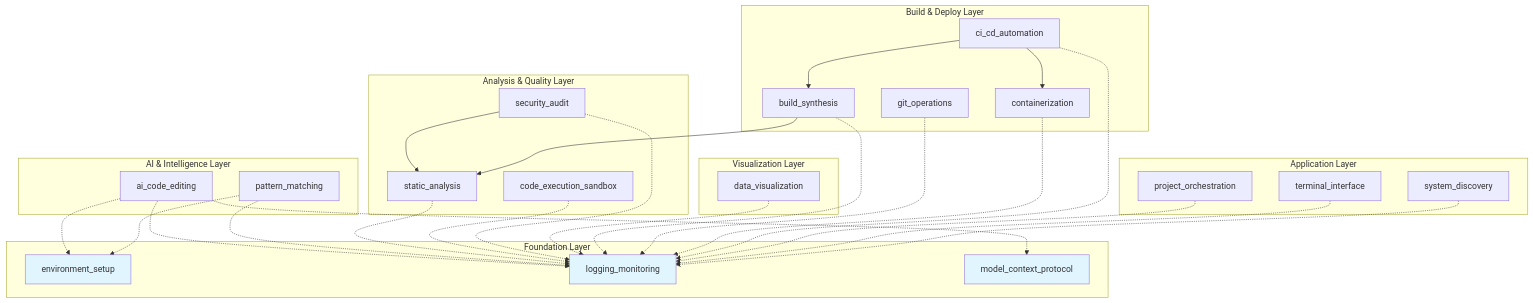
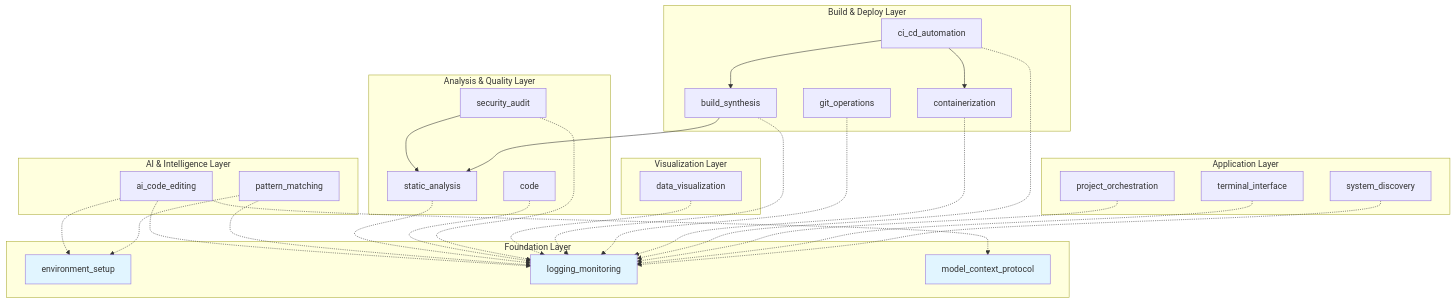
Before and after one commit to docxology/codomyrmex: the diagram in docs/modules/dependency-graph.md, drawn with Mermaid. The commit also changed other lines of this file and 1922 other files, not shown here.

````diff
--- a/docs/modules/dependency-graph.md
+++ b/docs/modules/dependency-graph.md
@@ -7,70 +7,70 @@
 ```mermaid
 graph TD
     subgraph "Foundation Layer"
         ENV[environment_setup]
         LOG[logging_monitoring]
         MCP[model_context_protocol]
     end
 
     subgraph "AI & Intelligence Layer"
         AI[ai_code_editing]
         PATTERN[pattern_matching]
     end
 
     subgraph "Analysis & Quality Layer"
         STATIC[static_analysis]
-        EXEC[code_execution_sandbox]
+        EXEC[code]
         SECURITY[security_audit]
     end
 
     subgraph "Visualization Layer"
         VIZ[data_visualization]
     end
 
     subgraph "Build & Deploy Layer"
         BUILD[build_synthesis]
         GIT[git_operations]
         CONTAINER[containerization]
         CICD[ci_cd_automation]
     end
 
     subgraph "Application Layer"
         ORCH[project_orchestration]
         TERM[terminal_interface]
         DISCO[system_discovery]
     end
 
     %% Foundation dependencies
     AI -.-> LOG
     AI -.-> ENV
     AI -.-> MCP
     PATTERN -.-> LOG
     PATTERN -.-> ENV
 
     %% Analysis dependencies
     STATIC -.-> LOG
     EXEC -.-> LOG
     SECURITY -.-> LOG
     SECURITY --> STATIC
 
     %% Visualization
     VIZ -.-> LOG
 
     %% Build dependencies
     BUILD -.-> LOG
     BUILD --> STATIC
     GIT -.-> LOG
     CONTAINER -.-> LOG
     CICD -.-> LOG
     CICD --> BUILD
     CICD --> CONTAINER
 
     %% Application dependencies
     ORCH -.-> LOG
     TERM -.-> LOG
     DISCO -.-> LOG
 
     style ENV fill:#e1f5ff
     style LOG fill:#e1f5ff
     style MCP fill:#e1f5ff
 ```
````
